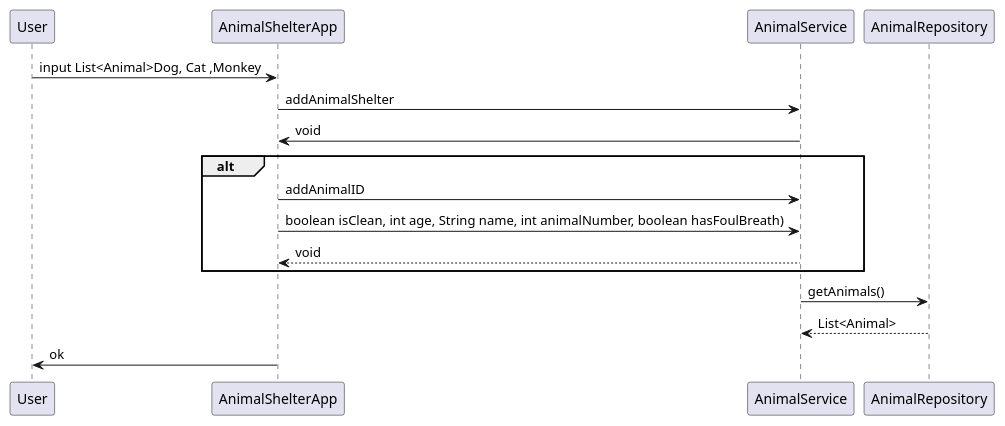
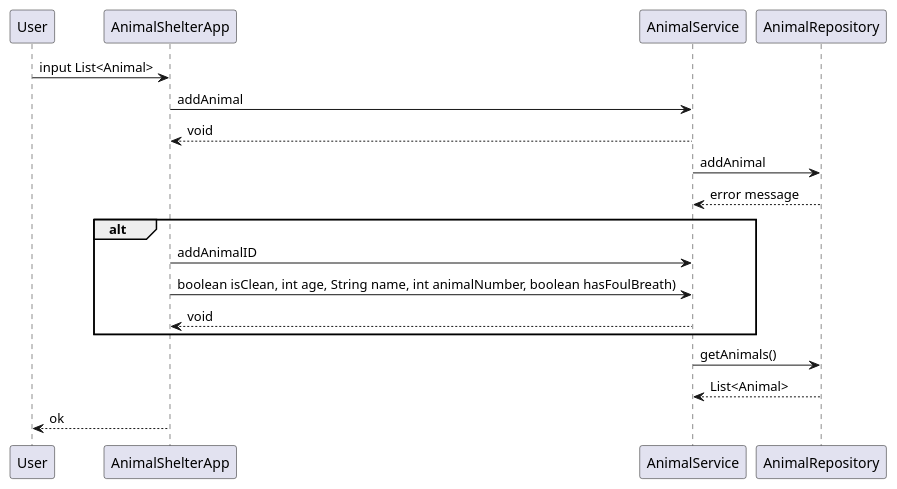
Before and after one commit to JananJavdan/AnimalShelterTestingJanan: the diagram in src/main/java/AnalyseAnimalShelter/sequence_addanimals.puml, drawn with PlantUML. The commit also changed 23 other files, not shown here.

```diff
--- a/src/main/java/AnalyseAnimalShelter/sequence_addanimals.puml
+++ b/src/main/java/AnalyseAnimalShelter/sequence_addanimals.puml
@@ -1,21 +1,24 @@
 @startuml
-User -> AnimalShelterApp : input List<Animal>Dog, Cat ,Monkey
+User -> AnimalShelterApp : input List<Animal>
 
 
-AnimalShelterApp -> AnimalService : addAnimalShelter
-AnimalShelterApp <- AnimalService : void
+AnimalShelterApp -> AnimalService : addAnimal
+AnimalShelterApp <-- AnimalService : void
+
+AnimalService -> AnimalRepository : addAnimal
+AnimalRepository --> AnimalService : error message
 
 alt
 AnimalShelterApp -> AnimalService : addAnimalID
 AnimalShelterApp -> AnimalService : boolean isClean, int age, String name, int animalNumber, boolean hasFoulBreath)
 AnimalShelterApp <-- AnimalService : void
 end
 
 AnimalService -> AnimalRepository : getAnimals()
 AnimalService <-- AnimalRepository : List<Animal>
 
 
 
-User <- AnimalShelterApp : ok
+User <-- AnimalShelterApp : ok
 
 @enduml
```
